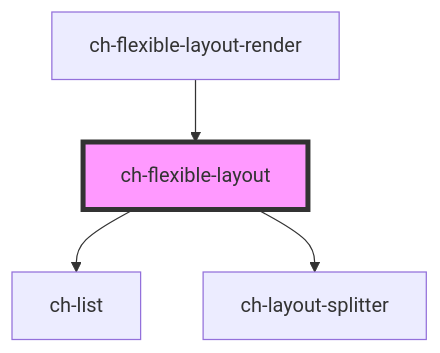
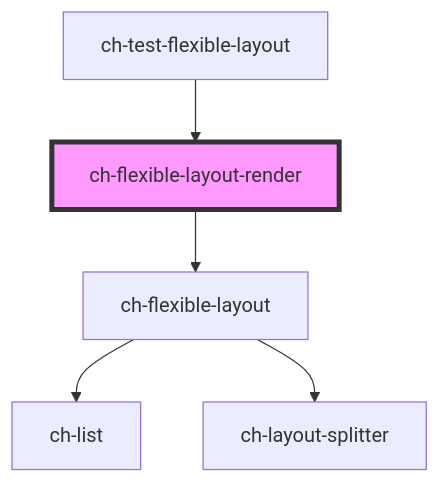
The diagram in src/components/flexible-layout/readme.md (genexuslabs/chameleon-controls-library), drawn with Mermaid before and after one commit. The commit also changed other lines of this file and 13 other files, not shown here.

Commit message:
Improve ch-flexible-layout's component structure

````diff
--- a/src/components/flexible-layout/readme.md
+++ b/src/components/flexible-layout/readme.md
@@ -119,7 +113,8 @@
 ```mermaid
 graph TD;
+  ch-flexible-layout-render --> ch-flexible-layout
   ch-flexible-layout --> ch-list
   ch-flexible-layout --> ch-layout-splitter
-  ch-flexible-layout-render --> ch-flexible-layout
-  style ch-flexible-layout fill:#f9f,stroke:#333,stroke-width:4px
+  ch-test-flexible-layout --> ch-flexible-layout-render
+  style ch-flexible-layout-render fill:#f9f,stroke:#333,stroke-width:4px
 ```
````
